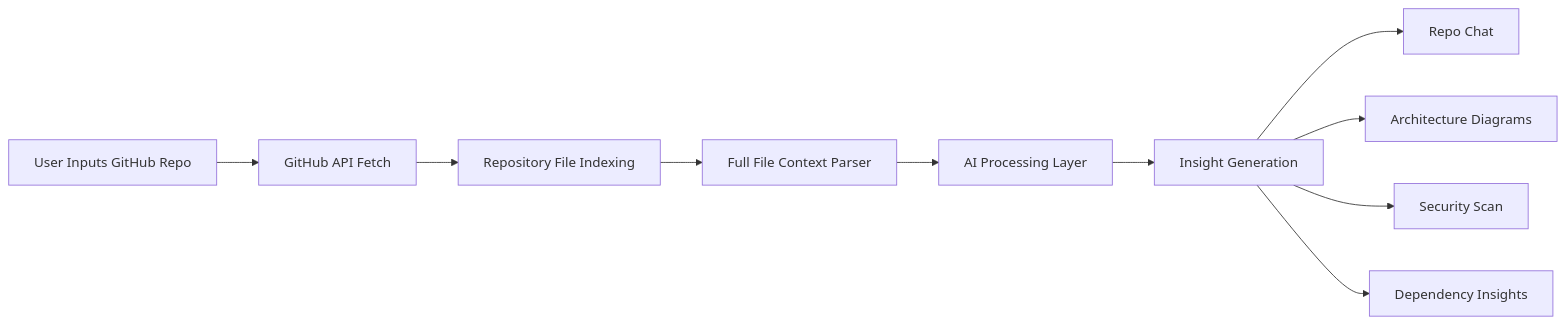
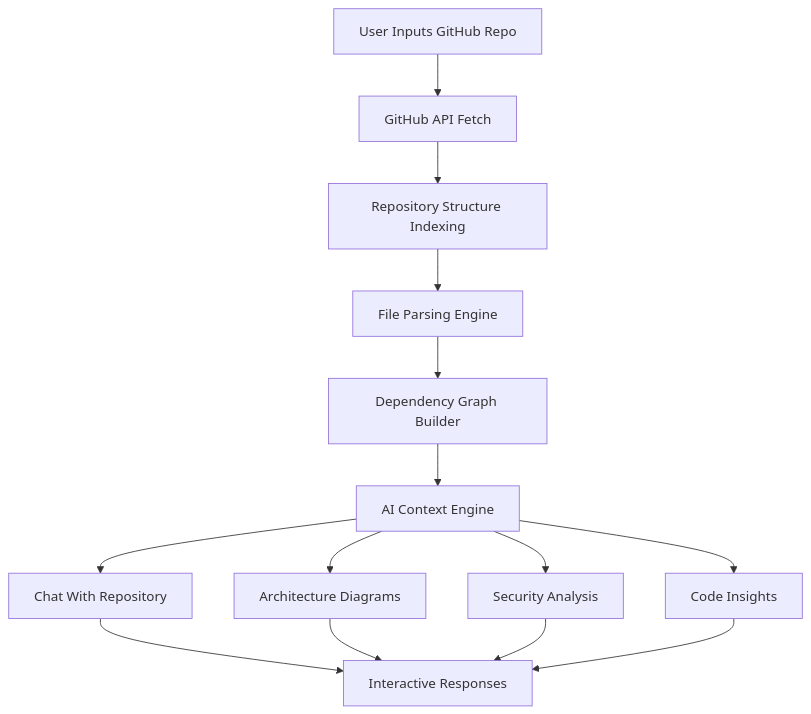
Before and after one commit to 0Raghav-Sharma0/gitPulse: the first of 2 diagrams in README.md, drawn with Mermaid. The commit also changed other lines of this file, not shown here.

````diff
--- a/README.md
+++ b/README.md
@@ -146,21 +104,23 @@
 ```mermaid
-flowchart LR
+flowchart TD
 
-A[User Inputs GitHub Repo]
-B[GitHub API Fetch]
-C[Repository File Indexing]
-D[Full File Context Parser]
-E[AI Processing Layer]
-F[Insight Generation]
+A[User Inputs GitHub Repo] --> B[GitHub API Fetch]
 
-A --> B
-B --> C
-C --> D
-D --> E
-E --> F
+B --> C[Repository Structure Indexing]
 
-F --> G[Repo Chat]
-F --> H[Architecture Diagrams]
-F --> I[Security Scan]
-F --> J[Dependency Insights]
+C --> D[File Parsing Engine]
+
+D --> E[Dependency Graph Builder]
+
+E --> F[AI Context Engine]
+
+F --> G1[Chat With Repository]
+F --> G2[Architecture Diagrams]
+F --> G3[Security Analysis]
+F --> G4[Code Insights]
+
+G1 --> H[Interactive Responses]
+G2 --> H
+G3 --> H
+G4 --> H
 ```
````
